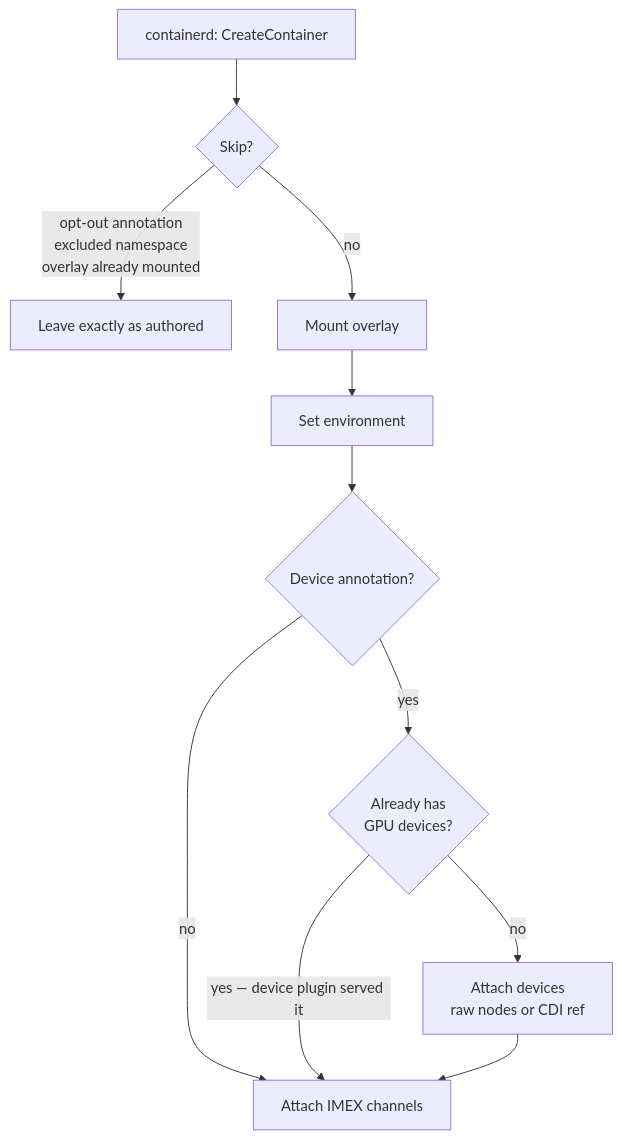
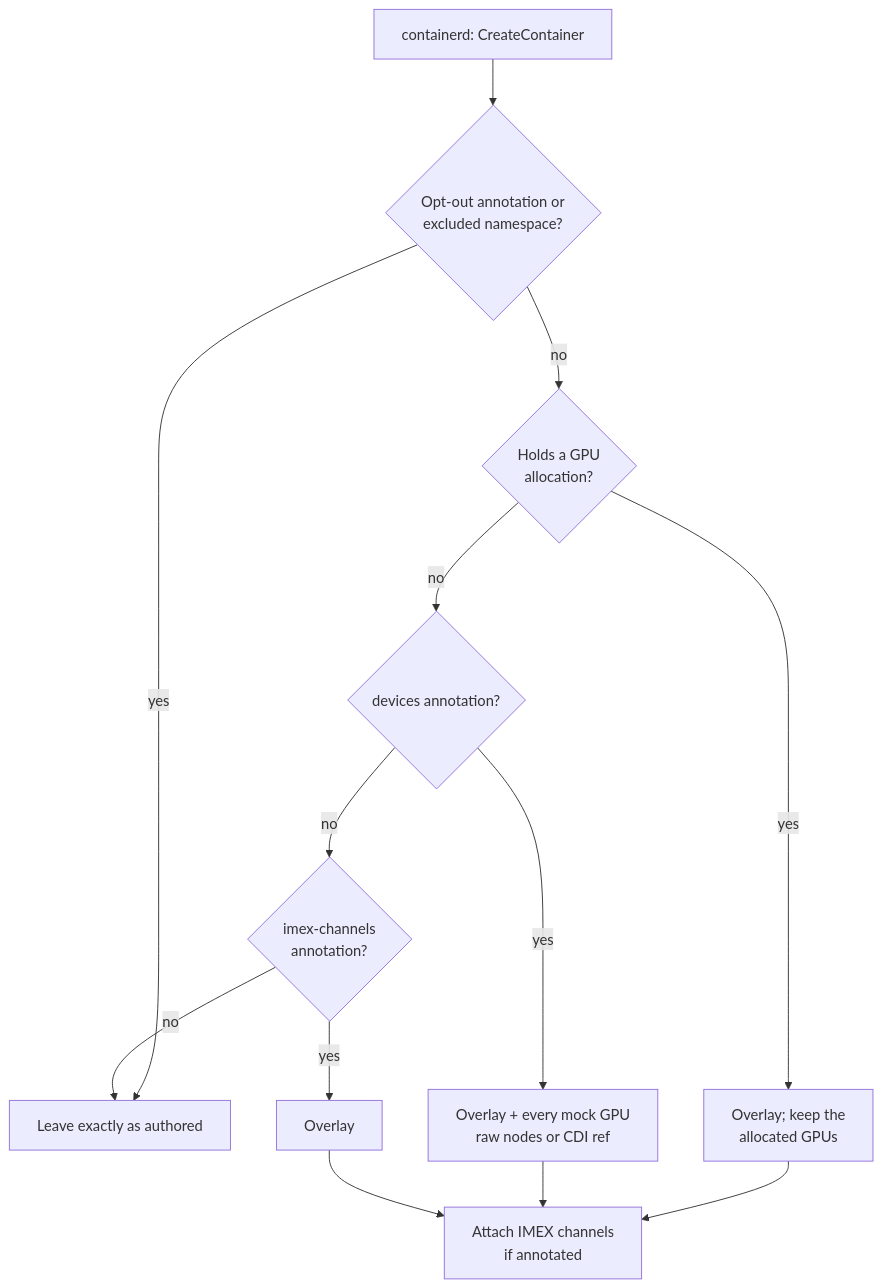
One commit to NVIDIA/k8s-test-infra changed the diagram in docs/components/nri-plugin.md. Above: the diagram before and after it, drawn with Mermaid. The commit also changed other lines of this file and 23 other files, not shown here.

First line of the commit message:
feat(nri): make GPU injection allocation-aware (#944)

````diff
--- a/docs/components/nri-plugin.md
+++ b/docs/components/nri-plugin.md
@@ -47,12 +54,15 @@
 ```mermaid
 flowchart TB
-    create[containerd: CreateContainer] --> skip{Skip?}
-    skip -->|opt-out annotation<br/>excluded namespace<br/>overlay already mounted| asis[Leave exactly as authored]
-    skip -->|no| overlay[Mount overlay]
-    overlay --> env[Set environment]
-    env --> gpus{Device annotation?}
-    gpus -->|no| imex
-    gpus -->|yes| served{Already has<br/>GPU devices?}
-    served -->|yes — device plugin served it| imex[Attach IMEX channels]
-    served -->|no| attach[Attach devices<br/>raw nodes or CDI ref] --> imex
+    create[containerd: CreateContainer] --> skip{Opt-out annotation or<br/>excluded namespace?}
+    skip -->|yes| asis[Leave exactly as authored]
+    skip -->|no| alloc{Holds a GPU<br/>allocation?}
+    alloc -->|yes| keep[Overlay; keep the<br/>allocated GPUs]
+    alloc -->|no| mgmt{devices annotation?}
+    mgmt -->|yes| all[Overlay + every mock GPU<br/>raw nodes or CDI ref]
+    mgmt -->|no| imexq{imex-channels<br/>annotation?}
+    imexq -->|yes| imexonly[Overlay]
+    imexq -->|no| asis
+    keep --> imex[Attach IMEX channels<br/>if annotated]
+    all --> imex
+    imexonly --> imex
 ```
````
